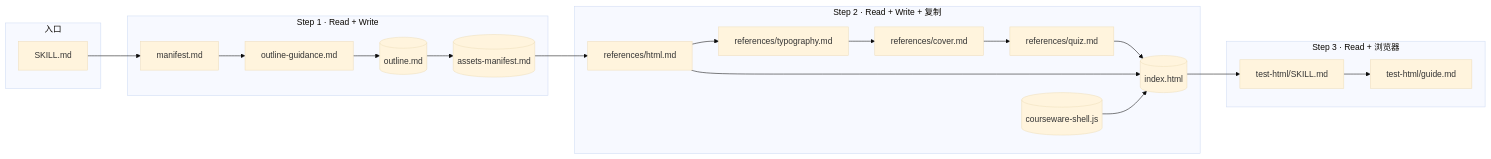
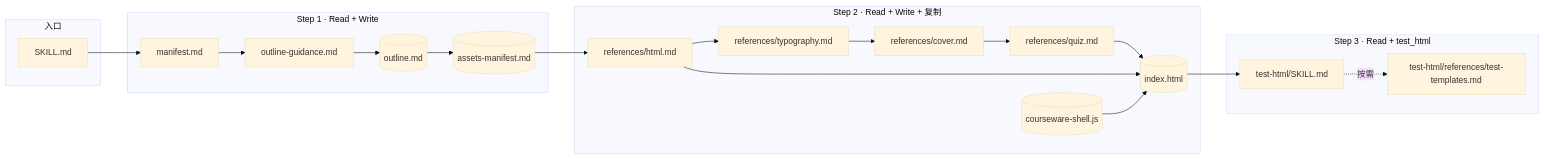
Before and after one commit to zhangyicheng95/feixiang-skill-test: the fifth of 5 diagrams in .cursor/skills/teaching-page-v3/courseware-generator/只供用户查看的调用流程.md, drawn with Mermaid (base theme). The commit also changed other lines of this file and 6 other files, not shown here.

````diff
--- a/.cursor/skills/teaching-page-v3/courseware-generator/只供用户查看的调用流程.md
+++ b/.cursor/skills/teaching-page-v3/courseware-generator/只供用户查看的调用流程.md
@@ -90,43 +88,43 @@
 ```mermaid
 flowchart LR
     subgraph entry [入口]
         SKILL[SKILL.md]
     end
 
     subgraph step1 [Step 1 · Read + Write]
         MANIFEST[manifest.md]
         OUTLINE_G[outline-guidance.md]
         OUTLINE_W[(outline.md)]
         ASSETS_W[(assets-manifest.md)]
     end
 
     subgraph step2 [Step 2 · Read + Write + 复制]
         HTML_R[references/html.md]
         TYPO_R[references/typography.md]
         COVER_R[references/cover.md]
         QUIZ_R[references/quiz.md]
         SHELL[(courseware-shell.js)]
         INDEX_W[(index.html)]
     end
 
-    subgraph step3 [Step 3 · Read + 浏览器]
+    subgraph step3 [Step 3 · Read + test_html]
         TEST[test-html/SKILL.md]
-        GUIDE[test-html/guide.md]
+        TPL[test-html/references/test-templates.md]
     end
 
     SKILL --> MANIFEST
     MANIFEST --> OUTLINE_G
     OUTLINE_G --> OUTLINE_W
     OUTLINE_W --> ASSETS_W
 
     ASSETS_W --> HTML_R
     HTML_R --> TYPO_R
     TYPO_R --> COVER_R
     COVER_R --> QUIZ_R
     QUIZ_R --> INDEX_W
     HTML_R --> INDEX_W
     SHELL --> INDEX_W
 
     INDEX_W --> TEST
-    TEST --> GUIDE
+    TEST -.->|按需| TPL
 ```
````
